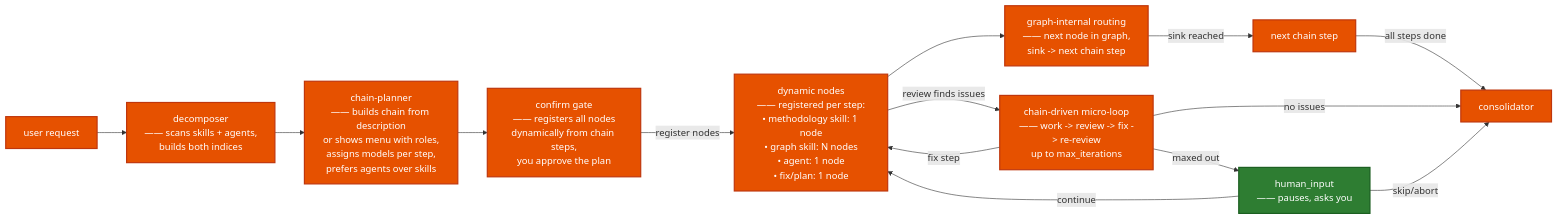
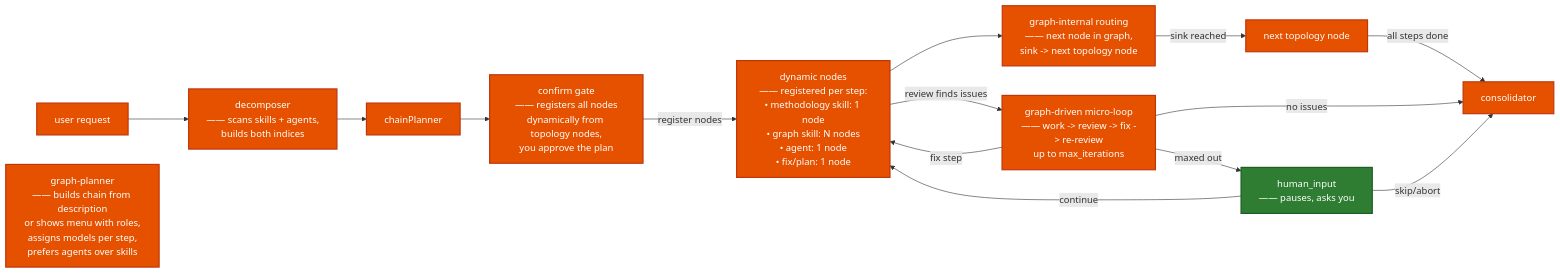
Before and after one commit to OliverEsoterik/fleet-management: the first of 6 diagrams in WORKFLOW.md, drawn with Mermaid. The commit also changed other lines of this file and 6 other files, not shown here.

````diff
--- a/WORKFLOW.md
+++ b/WORKFLOW.md
@@ -45,34 +45,34 @@
 ```mermaid
 flowchart LR
   classDef skill fill:#1a73e8,color:#fff,stroke:#0d47a1,stroke-width:2px
   classDef node fill:#e65100,color:#fff,stroke:#bf360c,stroke-width:2px
   classDef gate fill:#2e7d32,color:#fff,stroke:#1b5e20,stroke-width:2px
 
   user["user request"]
   decomposer["decomposer<br/>—— scans skills + agents,<br/>builds both indices"]
-  chainPlanner["chain-planner<br/>—— builds chain from description<br/>or shows menu with roles,<br/>assigns models per step,<br/>prefers agents over skills"]
-  confirm["confirm gate<br/>—— registers all nodes<br/>dynamically from chain steps,<br/>you approve the plan"]
+  graphPlanner["graph-planner<br/>—— builds chain from description<br/>or shows menu with roles,<br/>assigns models per step,<br/>prefers agents over skills"]
+  confirm["confirm gate<br/>—— registers all nodes<br/>dynamically from topology nodes,<br/>you approve the plan"]
   execNodes["dynamic nodes<br/>—— registered per step:<br/>• methodology skill: 1 node<br/>• graph skill: N nodes<br/>• agent: 1 node<br/>• fix/plan: 1 node"]
-  graphInternal["graph-internal routing<br/>—— next node in graph,<br/>sink -> next chain step"]
-  microLoop["chain-driven micro-loop<br/>—— work -> review -> fix -> re-review<br/>up to max_iterations"]
+  graphInternal["graph-internal routing<br/>—— next node in graph,<br/>sink -> next topology node"]
+  microLoop["graph-driven micro-loop<br/>—— work -> review -> fix -> re-review<br/>up to max_iterations"]
   human["human_input<br/>—— pauses, asks you"]
   consolidator["consolidator"]
 
   user --> decomposer
   decomposer --> chainPlanner
   chainPlanner --> confirm
   confirm -->|register nodes| execNodes
   execNodes --> graphInternal
-  graphInternal -->|sink reached| nextChainStep["next chain step"]
+  graphInternal -->|sink reached| nextChainStep["next topology node"]
   nextChainStep -->|all steps done| consolidator
   execNodes -->|review finds issues| microLoop
   microLoop -->|fix step| execNodes
   microLoop -->|maxed out| human
   microLoop -->|no issues| consolidator
   human -->|continue| execNodes
   human -->|skip/abort| consolidator
 
   class decomposer,chainPlanner,confirm,consolidator node
   class execNodes,graphInternal,nextChainStep,microLoop node
   class human gate
 ```
````
